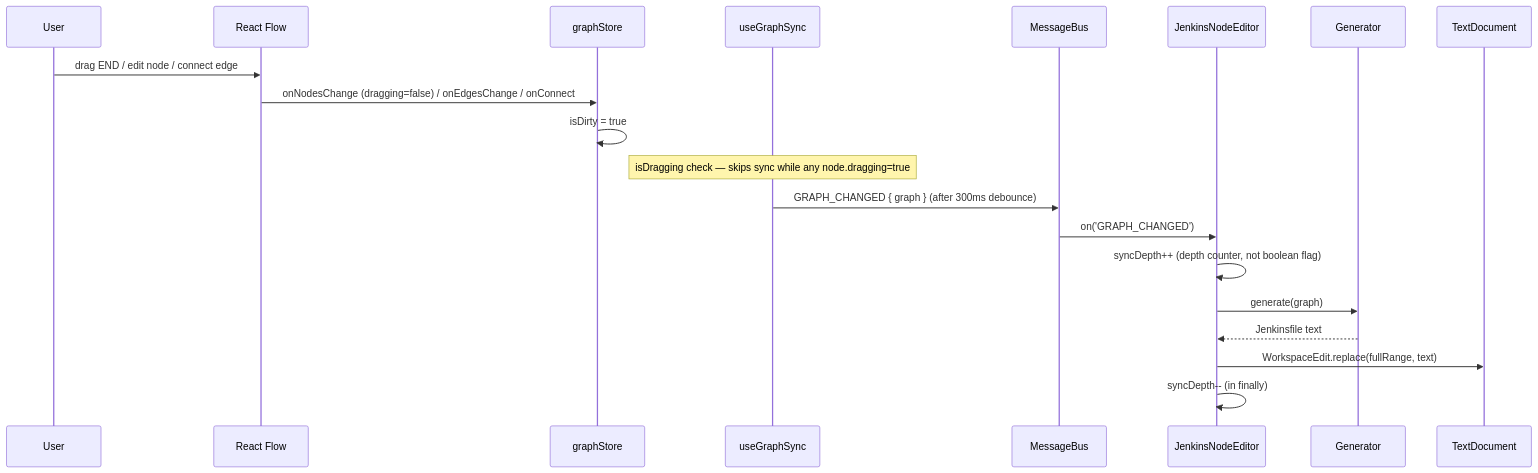
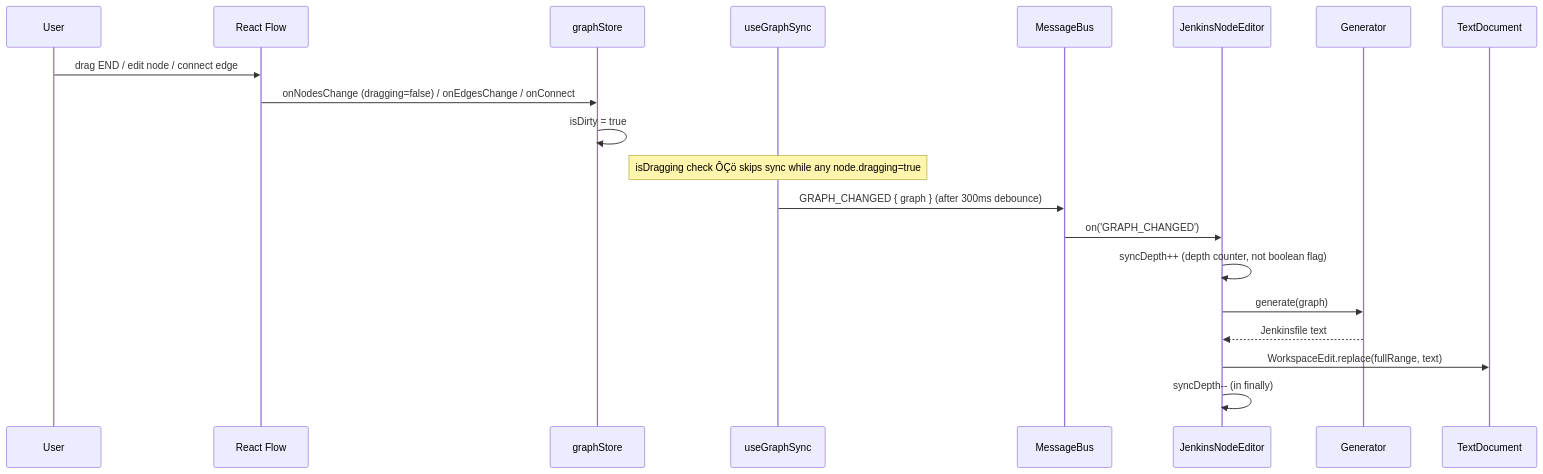
One commit to PlanesZwalker/vscode-jenkins-node-editor changed the third of 5 diagrams in README.md. Above: the diagram before and after it, drawn with Mermaid. The commit also changed other lines of this file and 1 other file, not shown here.

````diff
--- a/README.md
+++ b/README.md
@@ -185,23 +185,23 @@
 ```mermaid
 sequenceDiagram
     participant User
     participant RF as React Flow
     participant Store as graphStore
     participant Sync as useGraphSync
     participant Bus as MessageBus
     participant JNE as JenkinsNodeEditor
     participant Gen as Generator
     participant Doc as TextDocument
 
     User->>RF: drag END / edit node / connect edge
     RF->>Store: onNodesChange (dragging=false) / onEdgesChange / onConnect
     Store->>Store: isDirty = true
-    Note over Sync: isDragging check — skips sync while any node.dragging=true
+    Note over Sync: isDragging check ÔÇö skips sync while any node.dragging=true
     Sync->>Bus: GRAPH_CHANGED { graph } (after 300ms debounce)
     Bus->>JNE: on('GRAPH_CHANGED')
     JNE->>JNE: syncDepth++ (depth counter, not boolean flag)
     JNE->>Gen: generate(graph)
     Gen-->>JNE: Jenkinsfile text
     JNE->>Doc: WorkspaceEdit.replace(fullRange, text)
     JNE->>JNE: syncDepth-- (in finally)
 ```
````
